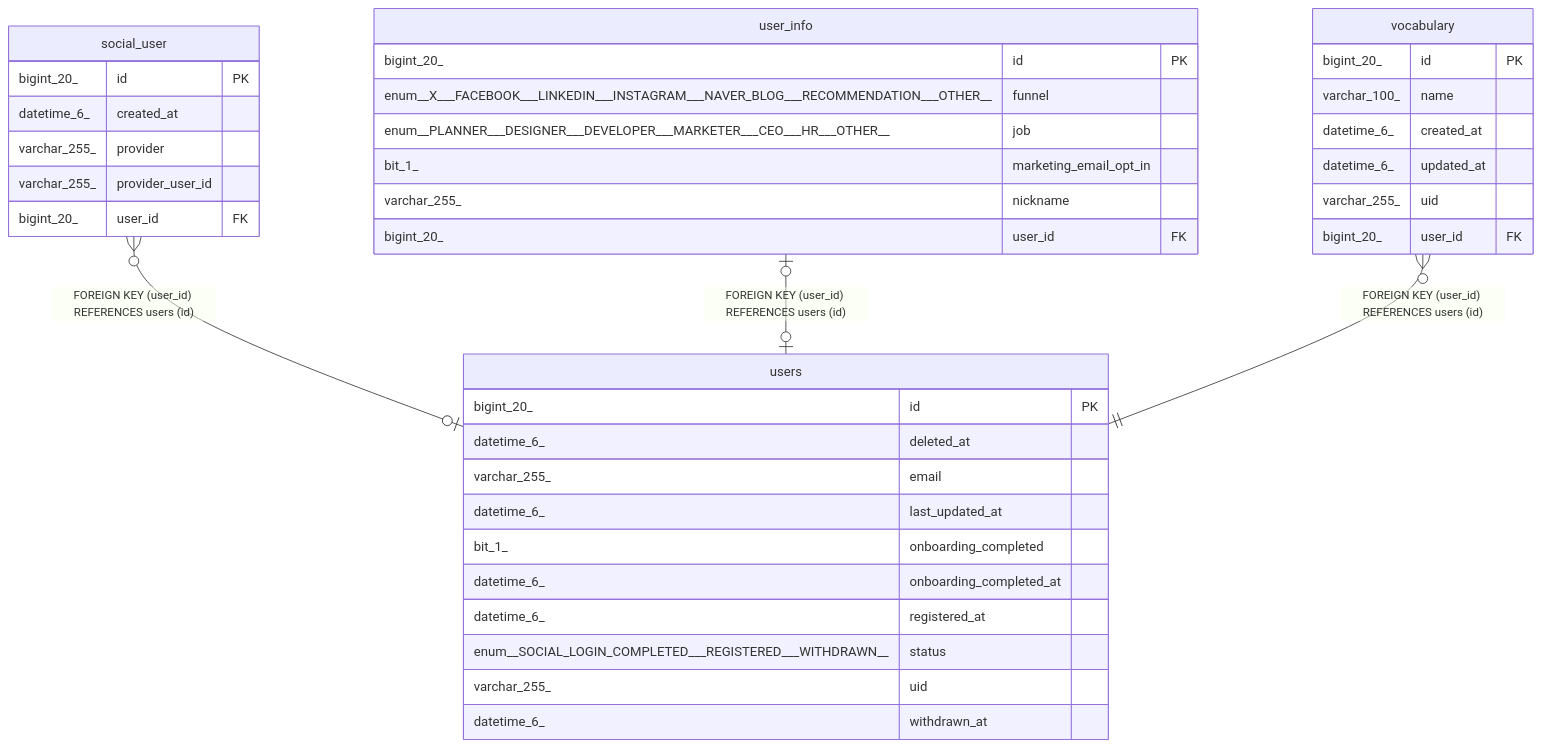
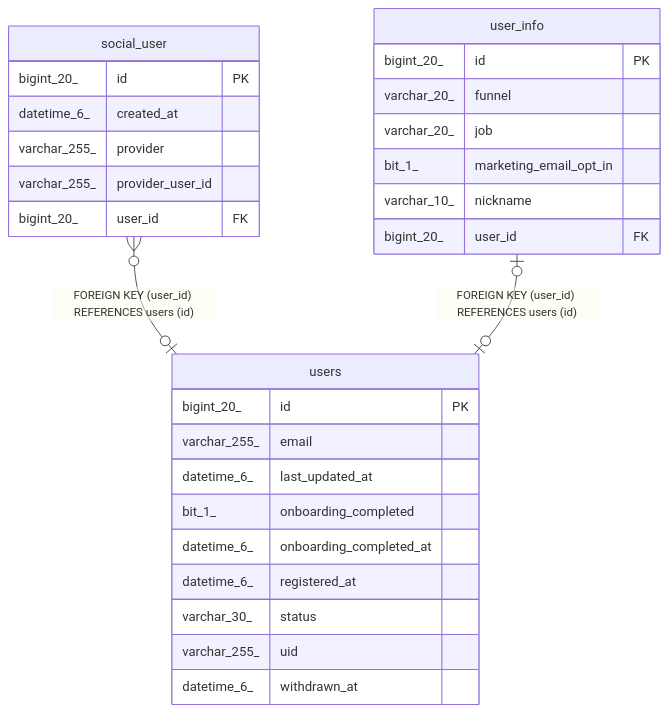
Before and after one commit to makevook/vook-server: the diagram in docs/schema/users.md, drawn with Mermaid. The commit also changed other lines of this file and 8 other files, not shown here.

Commit message:
docs: schema 업데이트

````diff
--- a/docs/schema/users.md
+++ b/docs/schema/users.md
@@ -58,43 +56,33 @@
 ```mermaid
 erDiagram
 
 "social_user" }o--o| "users" : "FOREIGN KEY (user_id) REFERENCES users (id)"
 "user_info" |o--o| "users" : "FOREIGN KEY (user_id) REFERENCES users (id)"
-"vocabulary" }o--|| "users" : "FOREIGN KEY (user_id) REFERENCES users (id)"
 
 "users" {
   bigint_20_ id PK
-  datetime_6_ deleted_at
   varchar_255_ email
   datetime_6_ last_updated_at
   bit_1_ onboarding_completed
   datetime_6_ onboarding_completed_at
   datetime_6_ registered_at
-  enum__SOCIAL_LOGIN_COMPLETED___REGISTERED___WITHDRAWN__ status
+  varchar_30_ status
   varchar_255_ uid
   datetime_6_ withdrawn_at
 }
 "social_user" {
   bigint_20_ id PK
   datetime_6_ created_at
   varchar_255_ provider
   varchar_255_ provider_user_id
   bigint_20_ user_id FK
 }
 "user_info" {
   bigint_20_ id PK
-  enum__X___FACEBOOK___LINKEDIN___INSTAGRAM___NAVER_BLOG___RECOMMENDATION___OTHER__ funnel
-  enum__PLANNER___DESIGNER___DEVELOPER___MARKETER___CEO___HR___OTHER__ job
+  varchar_20_ funnel
+  varchar_20_ job
   bit_1_ marketing_email_opt_in
-  varchar_255_ nickname
-  bigint_20_ user_id FK
-}
-"vocabulary" {
-  bigint_20_ id PK
-  varchar_100_ name
-  datetime_6_ created_at
-  datetime_6_ updated_at
-  varchar_255_ uid
+  varchar_10_ nickname
   bigint_20_ user_id FK
 }
 ```
````
